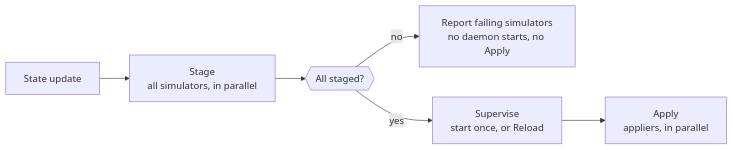
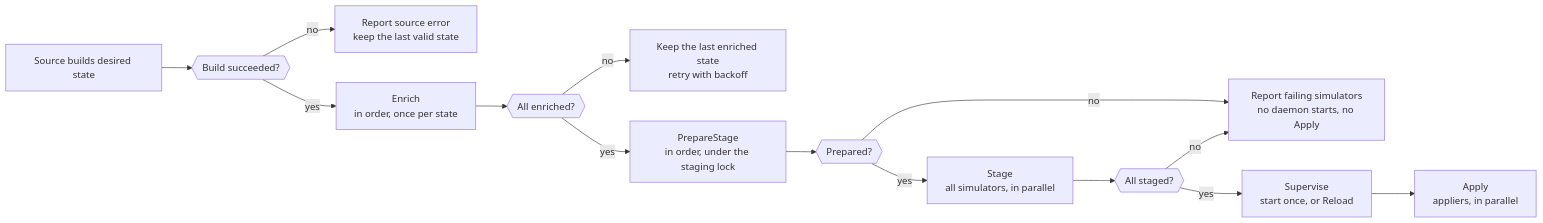
One commit to NVIDIA/k8s-test-infra changed the diagram in docs/components/node-daemon.md. Above: the diagram before and after it, drawn with Mermaid. The commit also changed other lines of this file and 60 other files, not shown here.

````diff
--- a/docs/components/node-daemon.md
+++ b/docs/components/node-daemon.md
@@ -84,8 +88,16 @@
 ```mermaid
 flowchart LR
-    state[State update] --> stage[Stage<br/>all simulators, in parallel]
+    source[Source builds desired state] --> valid{{Build succeeded?}}
+    valid -->|no| invalid[Report source error<br/>keep the last valid state]
+    valid -->|yes| enrich[Enrich<br/>in order, once per state]
+    enrich --> enriched{{All enriched?}}
+    enriched -->|no| retry[Keep the last enriched state<br/>retry with backoff]
+    enriched -->|yes| prepare[PrepareStage<br/>in order, under the staging lock]
+    prepare --> prepared{{Prepared?}}
+    prepared -->|no| fail
+    prepared -->|yes| stage[Stage<br/>all simulators, in parallel]
     stage --> barrier{{All staged?}}
     barrier -->|no| fail[Report failing simulators<br/>no daemon starts, no Apply]
     barrier -->|yes| daemons[Supervise<br/>start once, or Reload]
     daemons --> apply[Apply<br/>appliers, in parallel]
 ```
````
